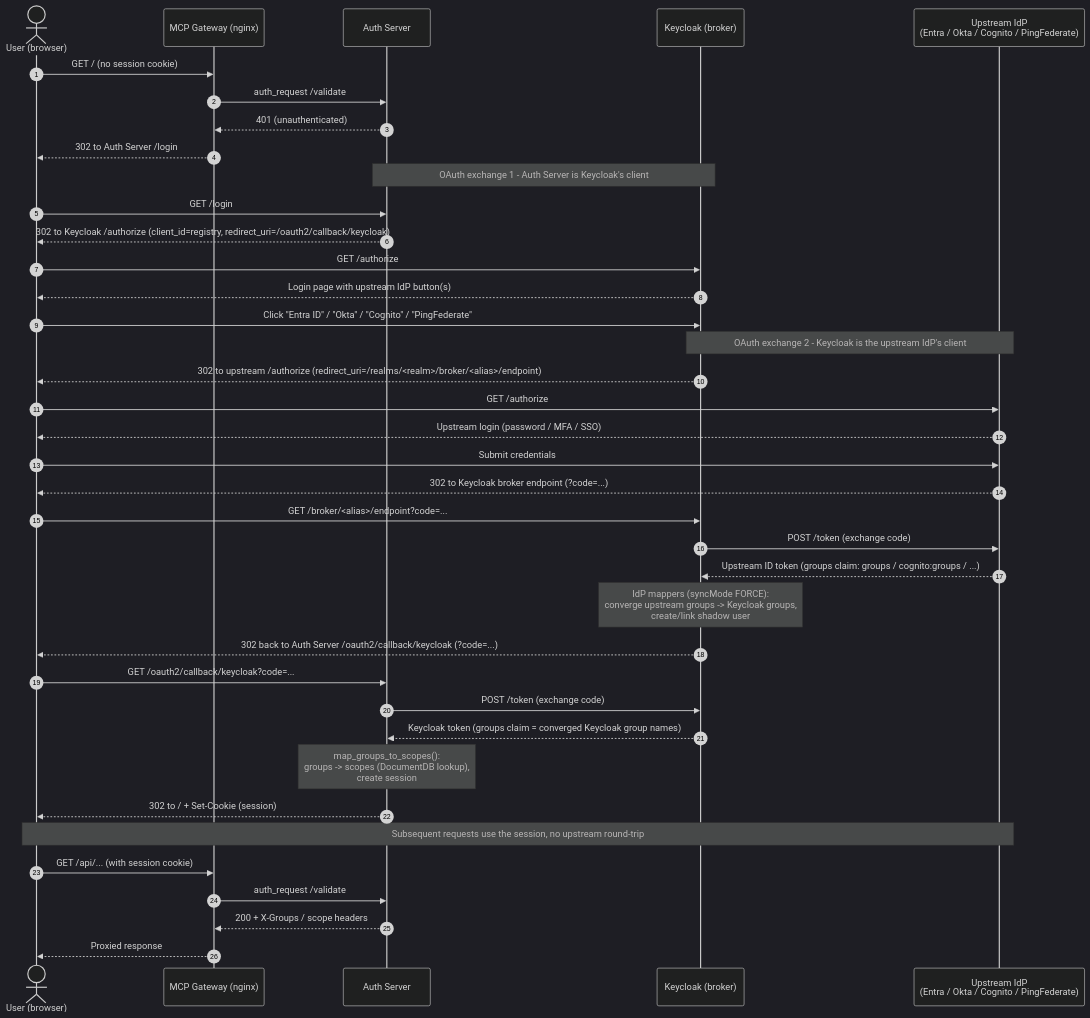
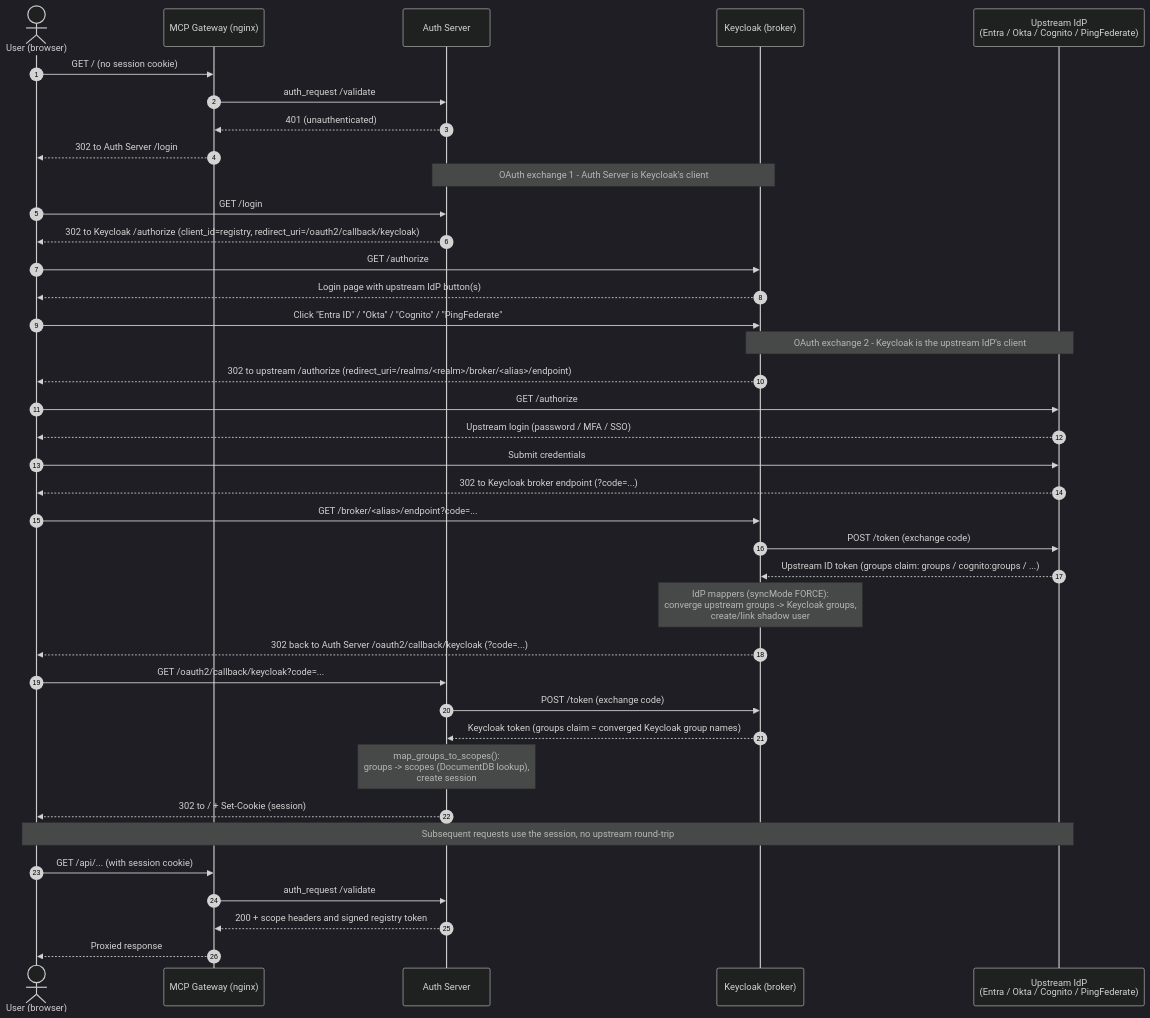
One commit to agentic-community/mcp-gateway-registry changed the diagram in docs/idp/keycloak-identity-brokering.md. Above: the diagram before and after it, drawn with Mermaid (dark theme). The commit also changed other lines of this file and 51 other files, not shown here.

````diff
--- a/docs/idp/keycloak-identity-brokering.md
+++ b/docs/idp/keycloak-identity-brokering.md
@@ -68,45 +68,45 @@
 ```mermaid
 sequenceDiagram
     autonumber
     actor U as User (browser)
     participant GW as MCP Gateway (nginx)
     participant AS as Auth Server
     participant KC as Keycloak (broker)
     participant IDP as Upstream IdP<br/>(Entra / Okta / Cognito / PingFederate)
 
     U->>GW: GET / (no session cookie)
     GW->>AS: auth_request /validate
     AS-->>GW: 401 (unauthenticated)
     GW-->>U: 302 to Auth Server /login
 
     Note over AS,KC: OAuth exchange 1 - Auth Server is Keycloak's client
     U->>AS: GET /login
     AS-->>U: 302 to Keycloak /authorize (client_id=registry, redirect_uri=/oauth2/callback/keycloak)
     U->>KC: GET /authorize
     KC-->>U: Login page with upstream IdP button(s)
     U->>KC: Click "Entra ID" / "Okta" / "Cognito" / "PingFederate"
 
     Note over KC,IDP: OAuth exchange 2 - Keycloak is the upstream IdP's client
     KC-->>U: 302 to upstream /authorize (redirect_uri=/realms/<realm>/broker/<alias>/endpoint)
     U->>IDP: GET /authorize
     IDP-->>U: Upstream login (password / MFA / SSO)
     U->>IDP: Submit credentials
     IDP-->>U: 302 to Keycloak broker endpoint (?code=...)
     U->>KC: GET /broker/<alias>/endpoint?code=...
     KC->>IDP: POST /token (exchange code)
     IDP-->>KC: Upstream ID token (groups claim: groups / cognito:groups / ...)
     Note over KC: IdP mappers (syncMode FORCE):<br/>converge upstream groups -> Keycloak groups,<br/>create/link shadow user
 
     KC-->>U: 302 back to Auth Server /oauth2/callback/keycloak (?code=...)
     U->>AS: GET /oauth2/callback/keycloak?code=...
     AS->>KC: POST /token (exchange code)
     KC-->>AS: Keycloak token (groups claim = converged Keycloak group names)
     Note over AS: map_groups_to_scopes():<br/>groups -> scopes (DocumentDB lookup),<br/>create session
     AS-->>U: 302 to / + Set-Cookie (session)
 
     Note over U,IDP: Subsequent requests use the session, no upstream round-trip
     U->>GW: GET /api/... (with session cookie)
     GW->>AS: auth_request /validate
-    AS-->>GW: 200 + X-Groups / scope headers
+    AS-->>GW: 200 + scope headers and signed registry token
     GW-->>U: Proxied response
 ```
````
